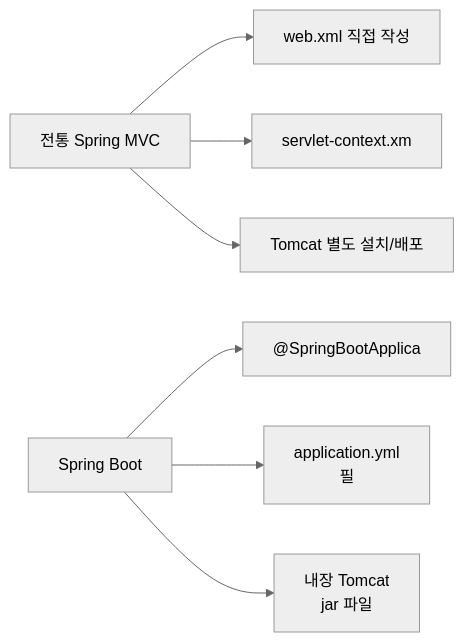
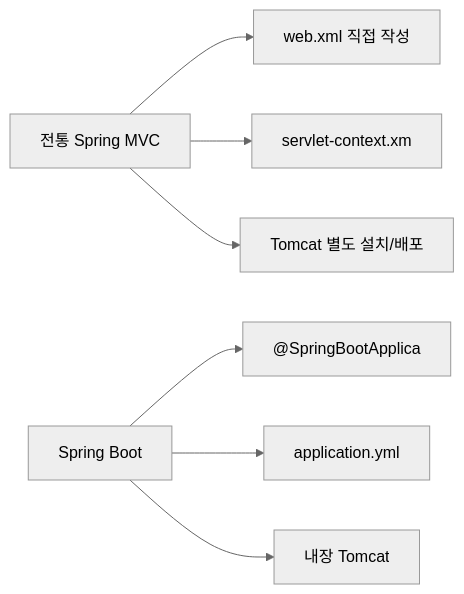
Before and after one commit to yjkim2015/yjkim2015.github.io: diagram 14 of 14 in _posts/spring/2026-05-02-spring-mvc-deep.md, drawn with Mermaid (neutral theme). The commit also changed other lines of this file and 217 other files, not shown here.

First line of the commit message:
Mermaid 크기 수정: useMaxWidth:true + SVG max-width:100% + 라벨 축소

````diff
--- a/_posts/spring/2026-05-02-spring-mvc-deep.md
+++ b/_posts/spring/2026-05-02-spring-mvc-deep.md
@@ -817,11 +817,11 @@
 ```mermaid
 graph LR
     OLD["전통 Spring MVC"]
     NEW["Spring Boot"]
     OLD --> O1["web.xml 직접 작성"]
     OLD --> O2["servlet-context.xm"]
     OLD --> O3["Tomcat 별도 설치/배포"]
     NEW --> N1["@SpringBootApplica"]
-    NEW --> N2["application.yml\n필"]
-    NEW --> N3["내장 Tomcat\njar 파일"]
+    NEW --> N2["application.yml"]
+    NEW --> N3["내장 Tomcat"]
 ```
````
